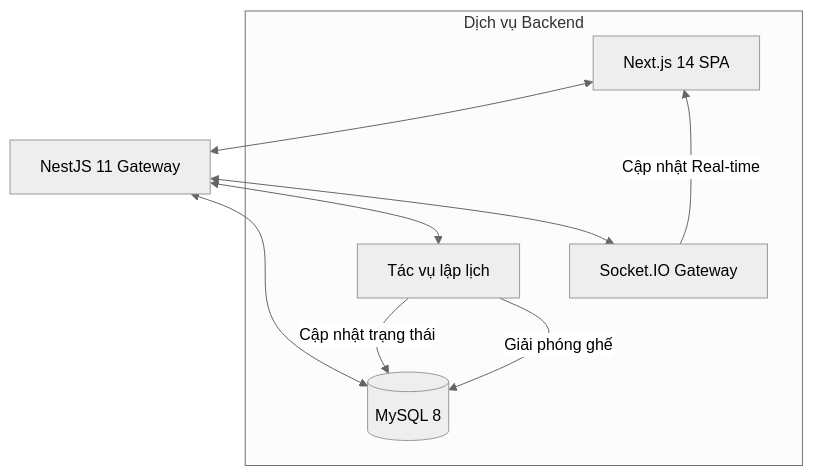
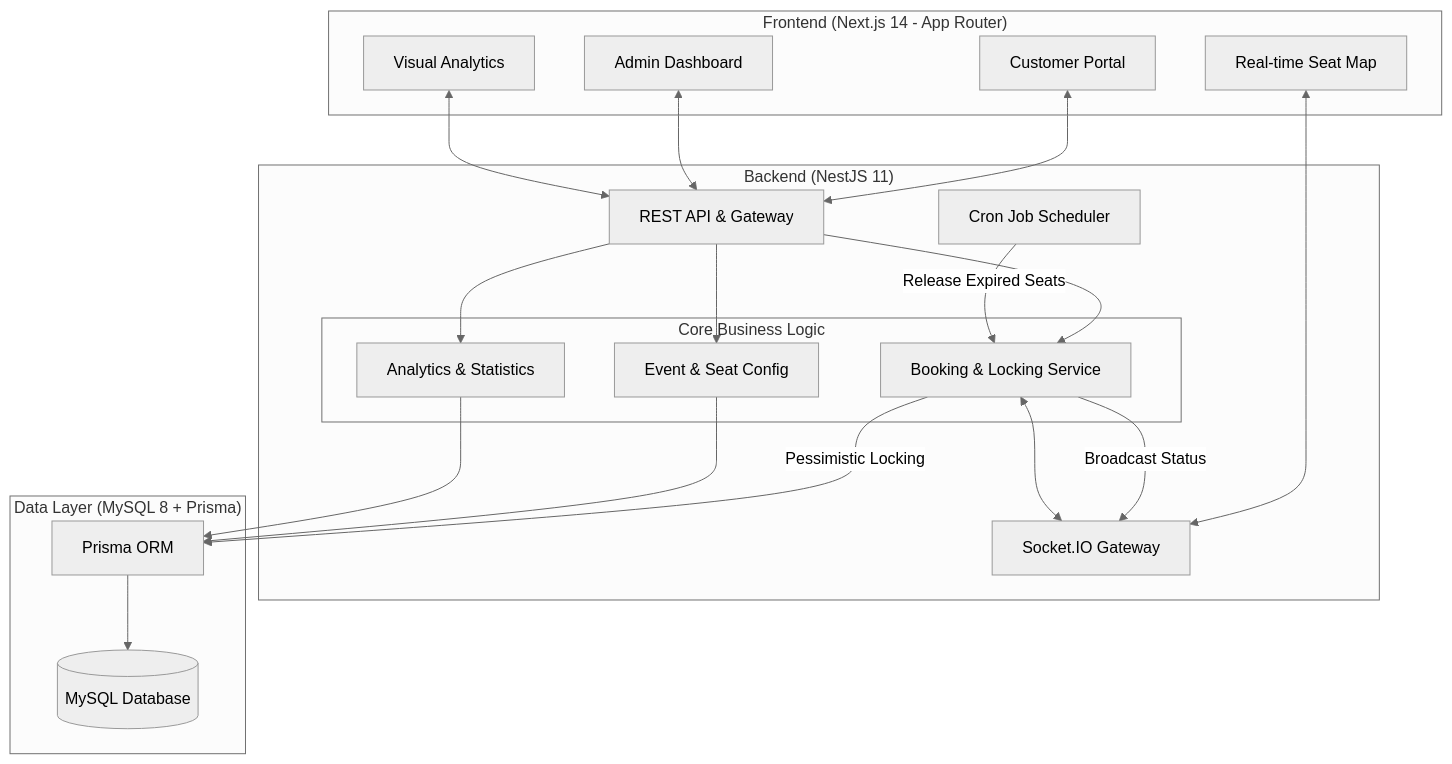
The first of 2 diagrams in README.md (ShimamuraHougetsu1337/TicketRush), drawn with Mermaid (neutral theme) before and after one commit. The commit also changed other lines of this file, not shown here.

````diff
--- a/README.md
+++ b/README.md
@@ -26,13 +29,47 @@
 ```mermaid
-graph TD
-    Client[Next.js 14 SPA] <--> API[NestJS 11 Gateway]
-    API <--> DB[(MySQL 8)]
-    API <--> Cron[Tác vụ lập lịch]
-    API <--> WS[Socket.IO Gateway]
+graph TB
+    subgraph "Frontend (Next.js 14 - App Router)"
+        Customer[Customer Portal]
+        Admin[Admin Dashboard]
+        RealTime[Real-time Seat Map]
+        Analytics[Visual Analytics]
+    end
+
+    subgraph "Backend (NestJS 11)"
+        Gateway[REST API & Gateway]
+        WS[Socket.IO Gateway]
+        
+        subgraph "Core Business Logic"
+            Booking[Booking & Locking Service]
+            EventSvc[Event & Seat Config]
+            Stats[Analytics & Statistics]
+        end
+        
+        Cron[Cron Job Scheduler]
+    end
+
+    subgraph "Data Layer (MySQL 8 + Prisma)"
+        Prisma[Prisma ORM]
+        DB[(MySQL Database)]
+    end
+
+    Customer <--> Gateway
+    Admin <--> Gateway
+    RealTime <--> WS
+    Analytics <--> Gateway
     
-    subgraph "Dịch vụ Backend"
-        Cron -- "Cập nhật trạng thái" --> DB
-        Cron -- "Giải phóng ghế" --> DB
-        WS -- "Cập nhật Real-time" --> Client
-    end
+    Gateway --> Booking
+    Gateway --> EventSvc
+    Gateway --> Stats
+    
+    WS <--> Booking
+    
+    Booking -- "Pessimistic Locking" --> Prisma
+    EventSvc --> Prisma
+    Stats --> Prisma
+    
+    Prisma --> DB
+    
+    Cron -- "Release Expired Seats" --> Booking
+    Booking -- "Broadcast Status" --> WS
 ```
````
